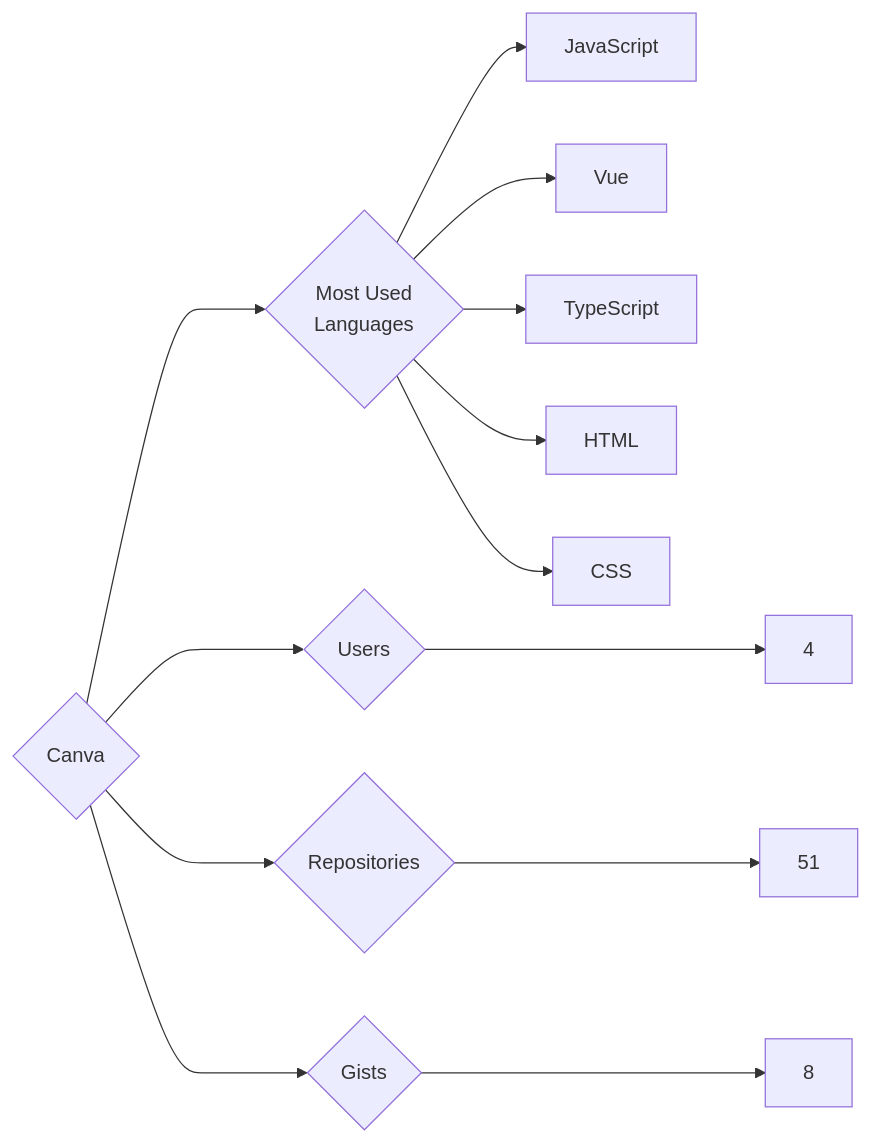
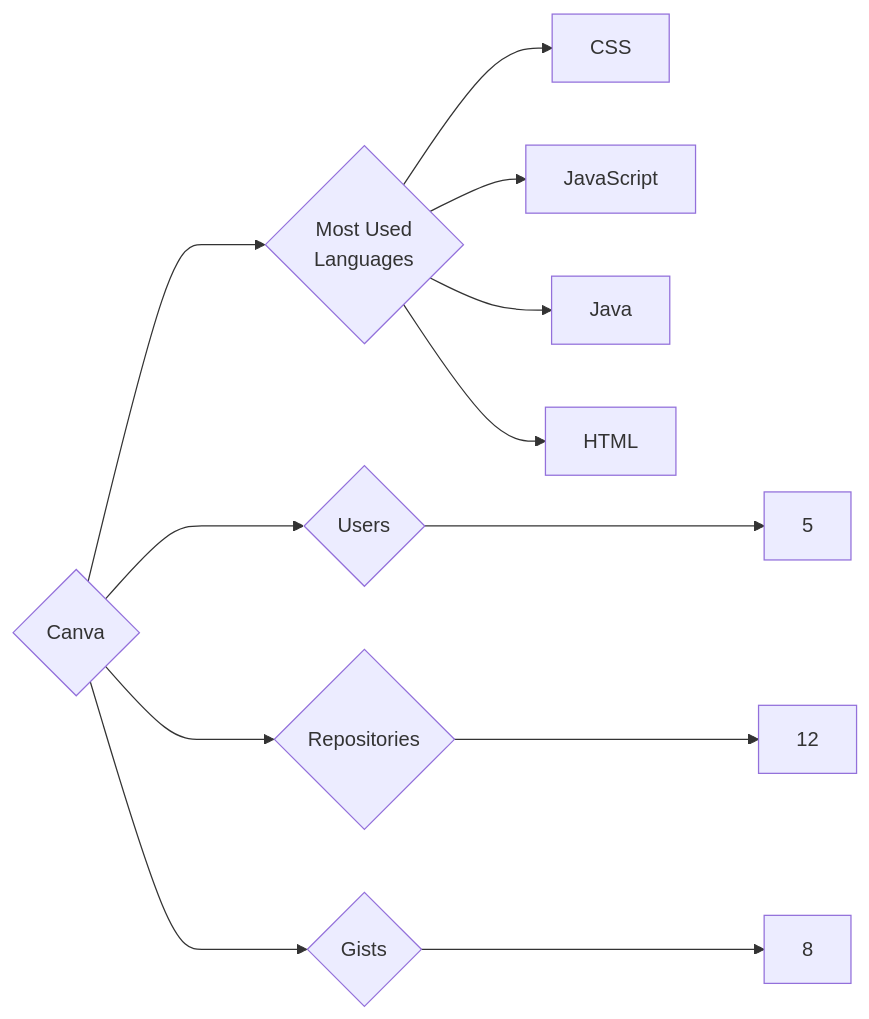
One commit to trickest/insiders changed the diagram in targets/Canva/README.md. Above: the diagram before and after it, drawn with Mermaid. The commit also changed 985 other files, not shown here.

````diff
--- a/targets/Canva/README.md
+++ b/targets/Canva/README.md
@@ -3,13 +3,12 @@
 ```mermaid
 graph LR
 COMPANY_NAME{Canva}
-COMPANY_NAME ---> U{Users} ---> UN[4]
-COMPANY_NAME ---> R{Repositories} ---> RN[51]
+COMPANY_NAME ---> U{Users} ---> UN[5]
+COMPANY_NAME ---> R{Repositories} ---> RN[12]
 COMPANY_NAME ---> G{Gists} ---> GN[8]
 COMPANY_NAME ---> ML{Most Used<br>Languages}
+ML --> CSS[CSS]
 ML --> JavaScript[JavaScript]
-ML --> Vue[Vue]
-ML --> TypeScript[TypeScript]
+ML --> Java[Java]
 ML --> HTML[HTML]
-ML --> CSS[CSS]
 ```
````
